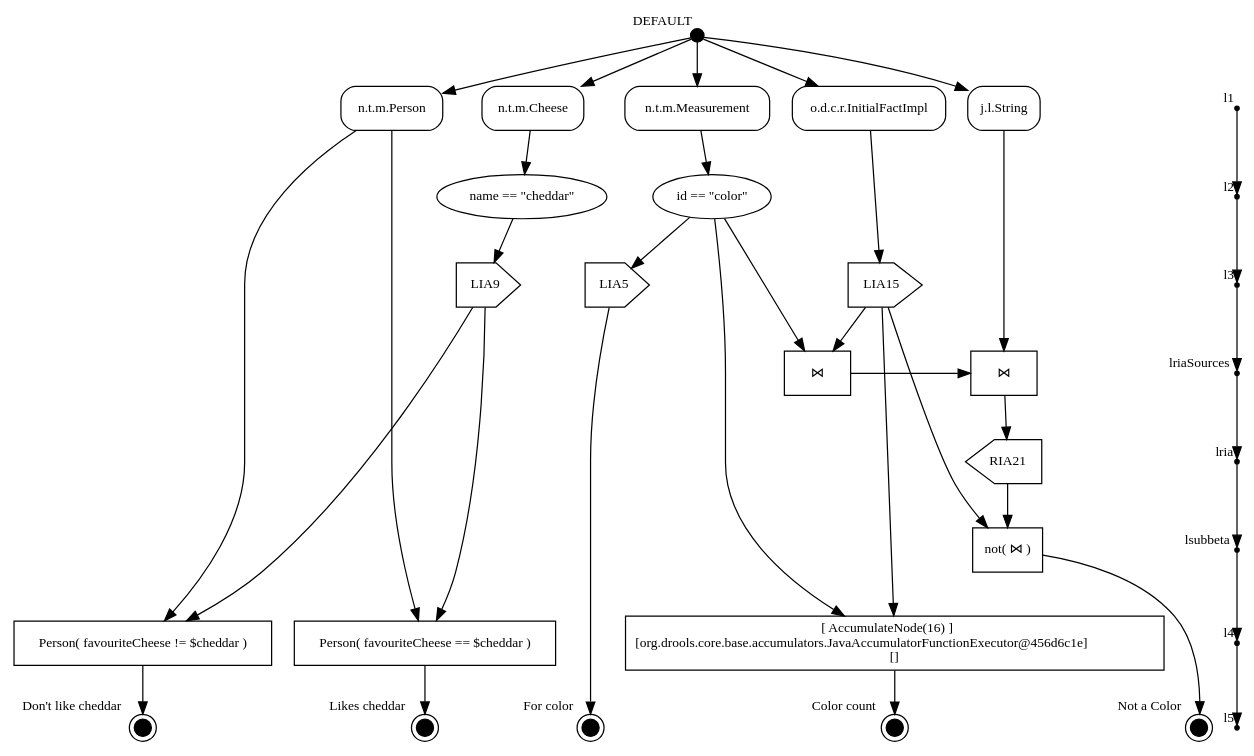
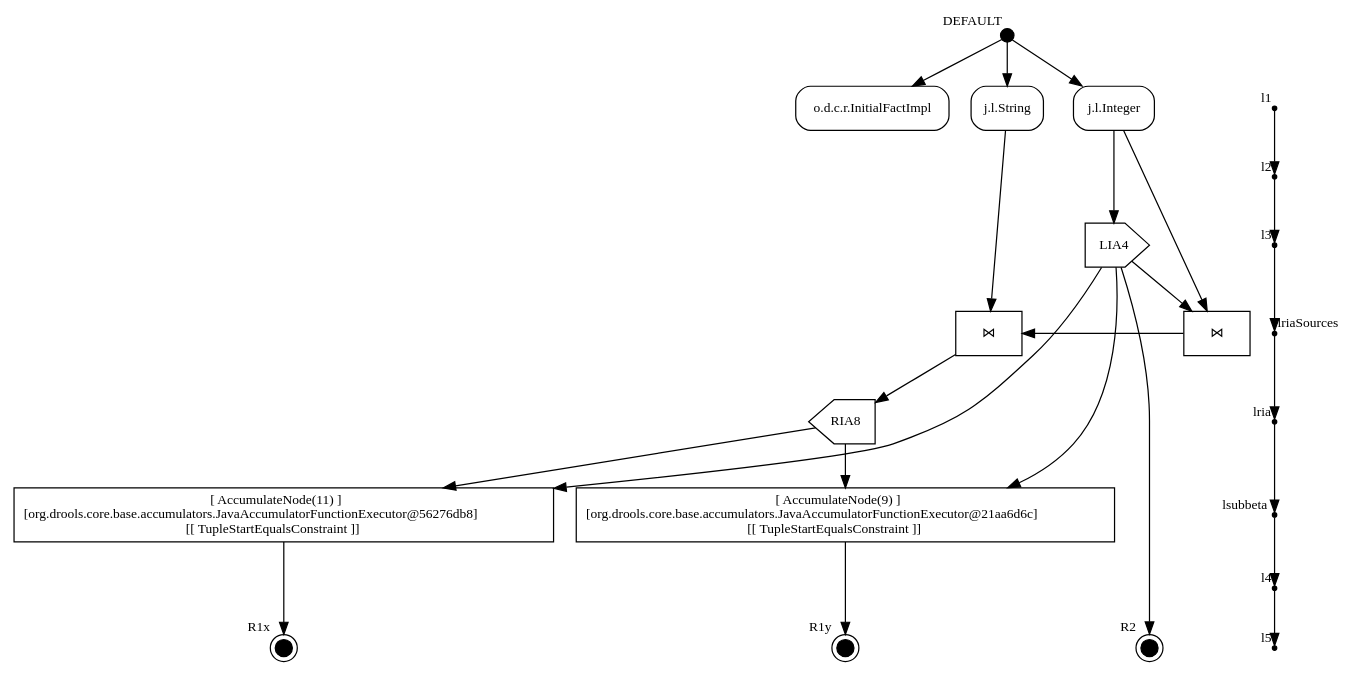
The diagram in test.gv (apache/incubator-kie-drools), drawn with Graphviz before and after one commit. The commit also changed 2 other files, not shown here.

```diff
--- a/test.gv
+++ b/test.gv
@@ -1,69 +1,47 @@
 digraph g {
 graph [fontname = "Overpass" fontsize=11];
  node [fontname = "Overpass" fontsize=11];
  edge [fontname = "Overpass" fontsize=11];
 
 EP1 [shape=circle width=0.15 fillcolor=black style=filled label="" xlabel="DEFAULT"] ;
-OTN7 [shape=rect style=rounded label="n.t.m.Cheese"] ;
 OTN2 [shape=rect style=rounded label="o.d.c.r.InitialFactImpl"] ;
-OTN19 [shape=rect style=rounded label="j.l.String"] ;
-OTN10 [shape=rect style=rounded label="n.t.m.Person"] ;
-OTN3 [shape=rect style=rounded label="n.t.m.Measurement"] ;
-AN8 [label="name == \"cheddar\""] ;
-AN4 [label="id == \"color\""] ;
-LIA9 [shape=house orientation=-90] ;
-LIA15 [shape=house orientation=-90] ;
-LIA5 [shape=house orientation=-90] ;
-RIA21 [shape=house orientation=90] ;
-BN16 [shape=box label=<[ AccumulateNode(16) ]<BR/>[org.drools.core.base.accumulators.JavaAccumulatorFunctionExecutor@456d6c1e]<BR/>[]>] ;
-BN22 [shape=box label="not( ⋈ )"] ;
-BN11 [shape=box label="Person( favouriteCheese == $cheddar )" href="http://drools.org"] ;
-BN13 [shape=box label="Person( favouriteCheese != $cheddar )" href="http://drools.org"] ;
-BN18 [shape=box label="⋈" href="http://drools.org"] ;
-BN20 [shape=box label="⋈" href="http://drools.org"] ;
-RTN12 [shape=doublecircle width=0.2 fillcolor=black style=filled label="" xlabel="Likes cheddar" href="http://drools.org"] ;
-RTN14 [shape=doublecircle width=0.2 fillcolor=black style=filled label="" xlabel="Don't like cheddar" href="http://drools.org"] ;
-RTN17 [shape=doublecircle width=0.2 fillcolor=black style=filled label="" xlabel="Color count" href="http://drools.org"] ;
-RTN23 [shape=doublecircle width=0.2 fillcolor=black style=filled label="" xlabel="Not a Color" href="http://drools.org"] ;
-RTN6 [shape=doublecircle width=0.2 fillcolor=black style=filled label="" xlabel="For color" href="http://drools.org"] ;
+OTN6 [shape=rect style=rounded label="j.l.String"] ;
+OTN3 [shape=rect style=rounded label="j.l.Integer"] ;
+LIA4 [shape=house orientation=-90] ;
+RIA8 [shape=house orientation=90] ;
+BN9 [shape=box label=<[ AccumulateNode(9) ]<BR/>[org.drools.core.base.accumulators.JavaAccumulatorFunctionExecutor@21aa6d6c]<BR/>[[ TupleStartEqualsConstraint ]]>] ;
+BN11 [shape=box label=<[ AccumulateNode(11) ]<BR/>[org.drools.core.base.accumulators.JavaAccumulatorFunctionExecutor@56276db8]<BR/>[[ TupleStartEqualsConstraint ]]>] ;
+BN7 [shape=box label="⋈" href="http://drools.org"] ;
+BN5 [shape=box label="⋈" href="http://drools.org"] ;
+RTN10 [shape=doublecircle width=0.2 fillcolor=black style=filled label="" xlabel="R1y" href="http://drools.org"] ;
+RTN12 [shape=doublecircle width=0.2 fillcolor=black style=filled label="" xlabel="R1x" href="http://drools.org"] ;
+RTN13 [shape=doublecircle width=0.2 fillcolor=black style=filled label="" xlabel="R2" href="http://drools.org"] ;
 
-EP1 -> OTN7 ;
-OTN7 -> AN8 ;
-AN8 -> LIA9 ;
-LIA9 -> BN11 ;
+EP1 -> OTN2 ;
+EP1 -> OTN6 ;
+OTN6 -> BN7 ;
+BN7 -> RIA8 ;
+RIA8 -> BN9 ;
+BN9 -> RTN10 ;
+RIA8 -> BN11 ;
 BN11 -> RTN12 ;
-LIA9 -> BN13 ;
-BN13 -> RTN14 ;
-EP1 -> OTN2 ;
-OTN2 -> LIA15 ;
-LIA15 -> BN16 ;
-BN16 -> RTN17 ;
-LIA15 -> BN18 ;
-BN18 -> BN20 ;
-BN20 -> RIA21 ;
-RIA21 -> BN22 ;
-BN22 -> RTN23 ;
-LIA15 -> BN22 ;
-EP1 -> OTN19 ;
-OTN19 -> BN20 ;
-EP1 -> OTN10 ;
-OTN10 -> BN11 ;
-OTN10 -> BN13 ;
 EP1 -> OTN3 ;
-OTN3 -> AN4 ;
-AN4 -> LIA5 ;
-LIA5 -> RTN6 ;
-AN4 -> BN16 ;
-AN4 -> BN18 ;
+OTN3 -> LIA4 ;
+LIA4 -> BN5 ;
+BN5 -> BN7 ;
+LIA4 -> BN9 ;
+LIA4 -> BN11 ;
+LIA4 -> RTN13 ;
+OTN3 -> BN5 ;
 
- {rank=same; l1[shape=point, xlabel="l1"]; OTN19; OTN2; OTN10; OTN3; OTN7; }
- {rank=same; l2[shape=point, xlabel="l2"]; AN4; AN8; }
- {rank=same; l3[shape=point, xlabel="l3"]; LIA15; LIA9; LIA5; }
- {rank=same; lria[shape=point, xlabel="lria"]; RIA21; }
- {rank=same; lriaSources[shape=point, xlabel="lriaSources"]; BN18; BN20; }
- {rank=same; lsubbeta[shape=point, xlabel="lsubbeta"]; BN22; }
- {rank=same; l4[shape=point, xlabel="l4"]; BN11; BN16; BN13; }
- {rank=same; l5[shape=point, xlabel="l5"]; RTN14; RTN17; RTN23; RTN12; RTN6; }
+ {rank=same; l1[shape=point, xlabel="l1"]; OTN3; OTN6; OTN2; }
+ {rank=same; l2[shape=point, xlabel="l2"]; }
+ {rank=same; l3[shape=point, xlabel="l3"]; LIA4; }
+ {rank=same; lria[shape=point, xlabel="lria"]; RIA8; }
+ {rank=same; lriaSources[shape=point, xlabel="lriaSources"]; BN5; BN7; }
+ {rank=same; lsubbeta[shape=point, xlabel="lsubbeta"]; BN9; BN11; }
+ {rank=same; l4[shape=point, xlabel="l4"]; }
+ {rank=same; l5[shape=point, xlabel="l5"]; RTN12; RTN10; RTN13; }
  l1->l2->l3->lriaSources->lria->lsubbeta->l4->l5;
 
 }
```
